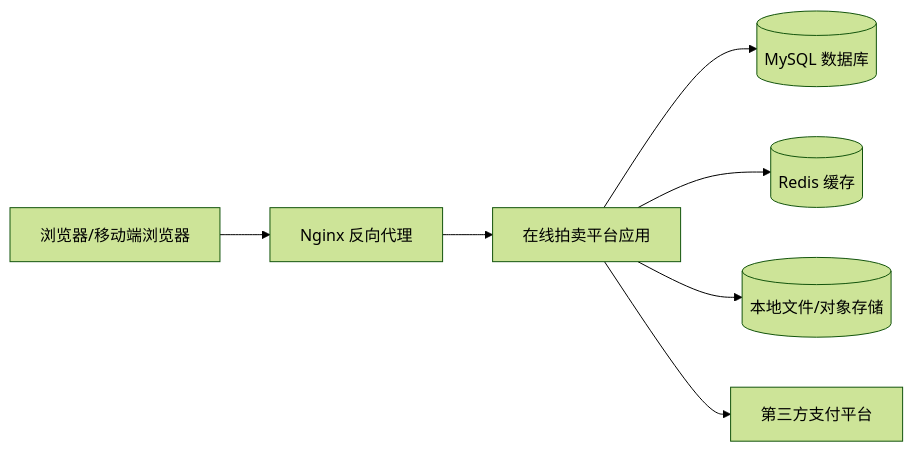
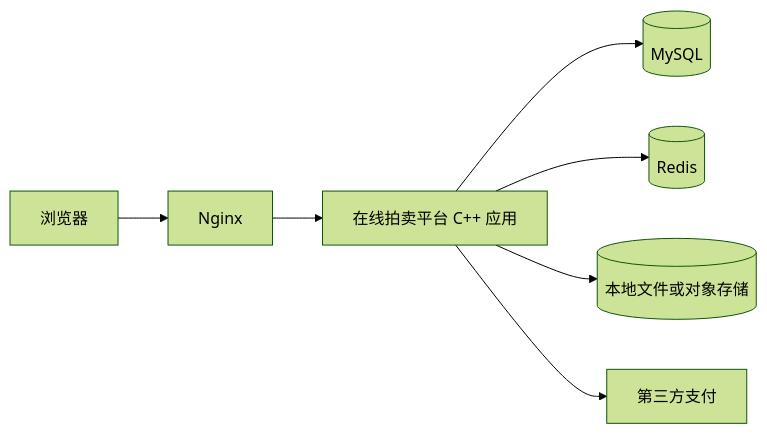
The sixth of 7 diagrams in docs/系统概要设计报告.md (Ljh998244353/software_course_design), drawn with Mermaid (forest theme) before and after one commit. The commit also changed other lines of this file and 926 other files, not shown here.

````diff
--- a/docs/系统概要设计报告.md
+++ b/docs/系统概要设计报告.md
@@ -239,17 +424,17 @@
 ```mermaid
 flowchart LR
-    Client[浏览器/移动端浏览器]
-    Nginx[Nginx 反向代理]
-    App[在线拍卖平台应用]
-    MySQL[(MySQL 数据库)]
-    Redis[(Redis 缓存)]
-    Storage[(本地文件/对象存储)]
-    Pay[第三方支付平台]
+    Client[浏览器]
+    Nginx[Nginx]
+    App[在线拍卖平台 C++ 应用]
+    MySQL[(MySQL)]
+    Redis[(Redis)]
+    Storage[(本地文件或对象存储)]
+    Pay[第三方支付]
 
     Client --> Nginx
     Nginx --> App
     App --> MySQL
     App --> Redis
     App --> Storage
     App --> Pay
 ```
````
